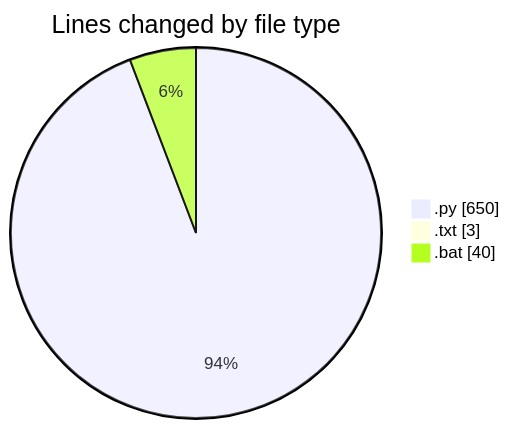
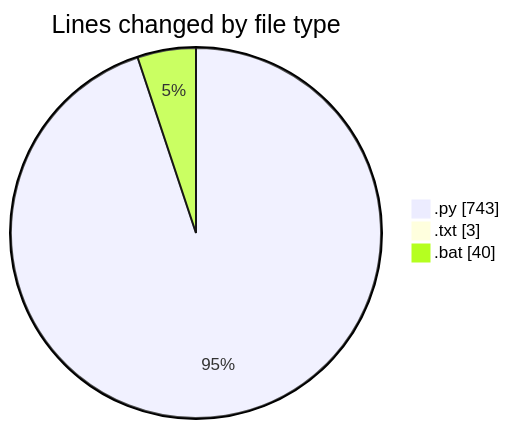
One commit to lephambinh05/code-tracking changed the first of 2 diagrams in 2025-07-20/reg/README.md. Above: the diagram before and after it, drawn with Mermaid. The commit also changed other lines of this file and 1 other file, not shown here.

````diff
--- a/2025-07-20/reg/README.md
+++ b/2025-07-20/reg/README.md
@@ -24,7 +24,7 @@
 ```mermaid
 pie showData
 title Lines changed by file type
-".py" : 650
+".py" : 743
 ".txt" : 3
 ".bat" : 40
 ```
````
